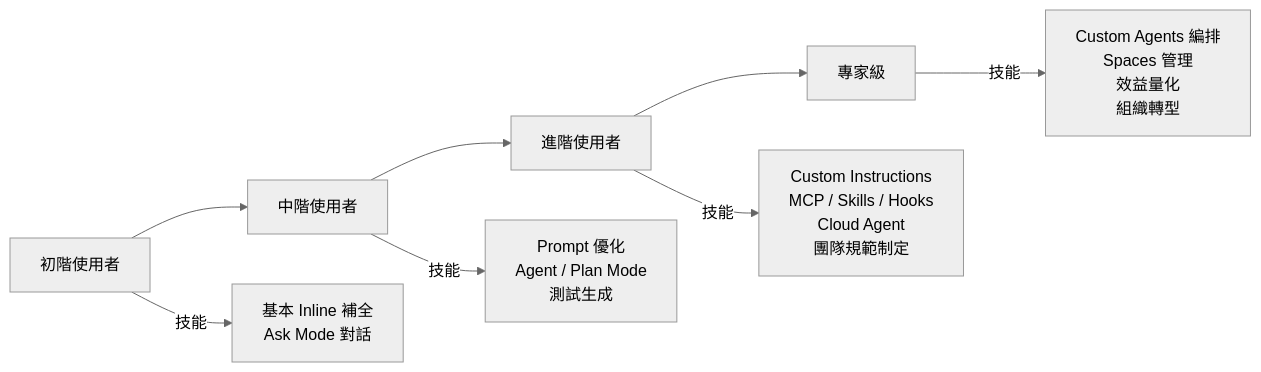
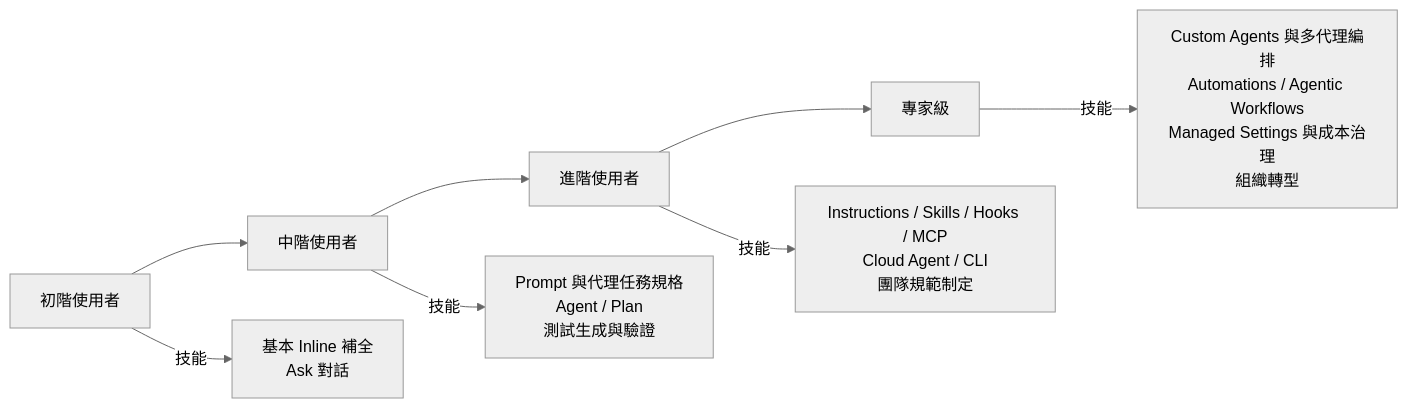
Before and after one commit to chihhung/Blog: diagram 26 of 26 in content/posts/教學/AI開發/github copilot生態圈教學手冊.md, drawn with Mermaid (neutral theme). The commit also changed other lines of this file and 2 other files, not shown here.

````diff
--- a/content/posts/教學/AI開發/github copilot生態圈教學手冊.md
+++ b/content/posts/教學/AI開發/github copilot生態圈教學手冊.md
@@ -3783,11 +5168,11 @@
 ```mermaid
 graph LR
     A[初階使用者] --> B[中階使用者]
     B --> C[進階使用者]
     C --> D[專家級]
     
-    A -->|技能| A1[基本 Inline 補全<br/>Ask Mode 對話]
-    B -->|技能| B1[Prompt 優化<br/>Agent / Plan Mode<br/>測試生成]
-    C -->|技能| C1[Custom Instructions<br/>MCP / Skills / Hooks<br/>Cloud Agent<br/>團隊規範制定]
-    D -->|技能| D1[Custom Agents 編排<br/>Spaces 管理<br/>效益量化<br/>組織轉型]
+    A -->|技能| A1[基本 Inline 補全<br/>Ask 對話]
+    B -->|技能| B1[Prompt 與代理任務規格<br/>Agent / Plan<br/>測試生成與驗證]
+    C -->|技能| C1[Instructions / Skills / Hooks / MCP<br/>Cloud Agent / CLI<br/>團隊規範制定]
+    D -->|技能| D1[Custom Agents 與多代理編排<br/>Automations / Agentic Workflows<br/>Managed Settings 與成本治理<br/>組織轉型]
 ```
````
